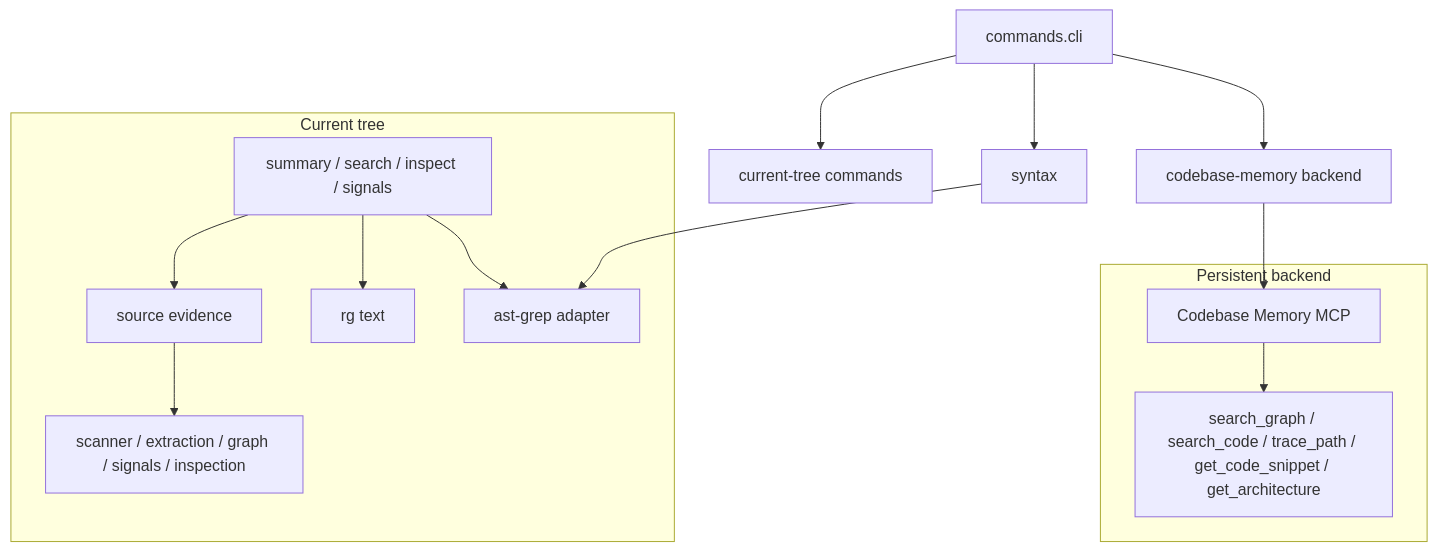
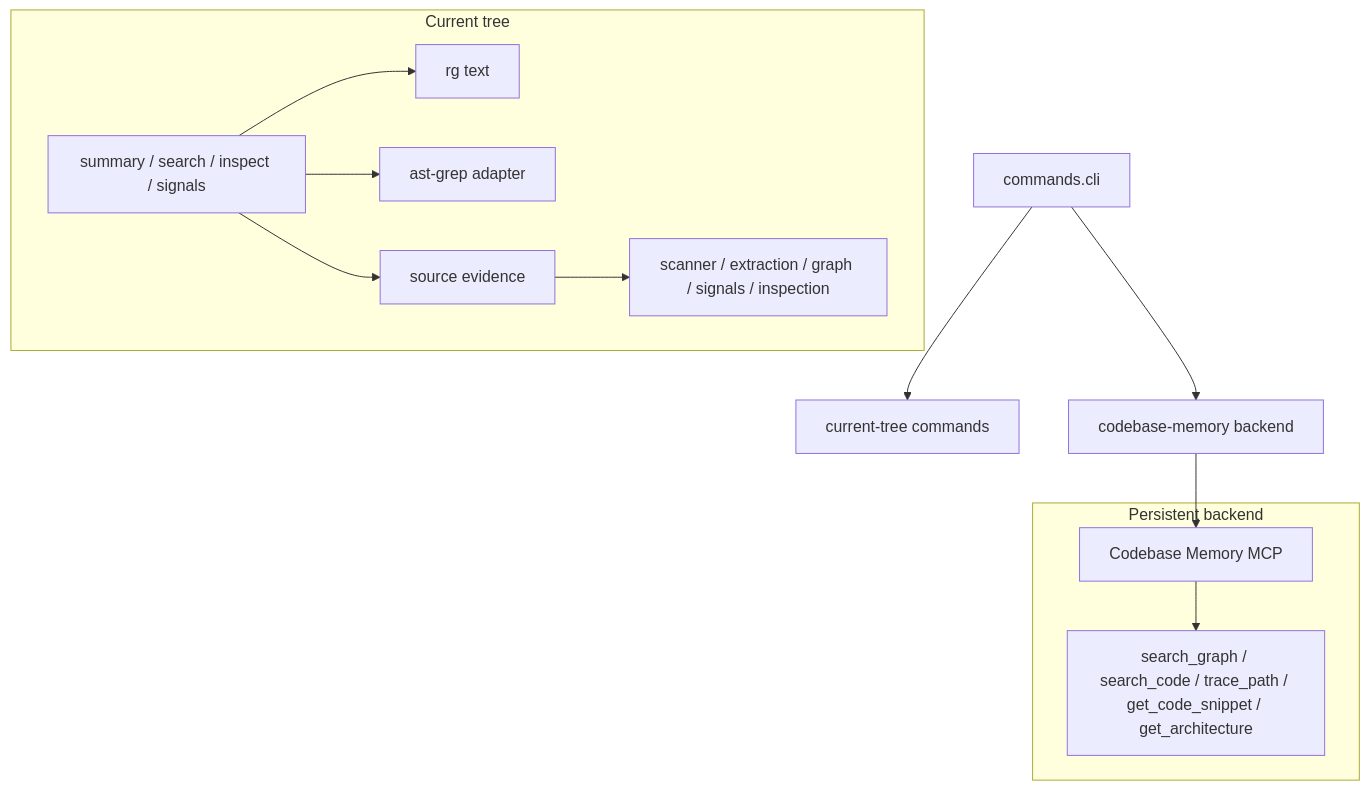
Before and after one commit to teron131/codemap: the second of 2 diagrams in README.md, drawn with Mermaid. The commit also changed other lines of this file and 11 other files, not shown here.

````diff
--- a/README.md
+++ b/README.md
@@ -64,29 +60,27 @@
 ```mermaid
 flowchart TD
     CLI["commands.cli"] --> Current["current-tree commands"]
     CLI --> Backend["codebase-memory backend"]
-    CLI --> Syntax[syntax]
 
     subgraph CurrentLane["Current tree"]
         SearchInspect["summary / search / inspect / signals"]
         Source["source evidence"]
         Rg["rg text"]
         AstGrep["ast-grep adapter"]
         SourceParts["scanner / extraction / graph / signals / inspection"]
 
         SearchInspect --> Rg
         SearchInspect --> AstGrep
         SearchInspect --> Source
         Source --> SourceParts
     end
 
     subgraph BackendLane["Persistent backend"]
         CBM["Codebase Memory MCP"]
         GraphTools["search_graph / search_code / trace_path / get_code_snippet / get_architecture"]
 
         CBM --> GraphTools
     end
 
     Backend --> CBM
-    Syntax --> AstGrep
 ```
````
